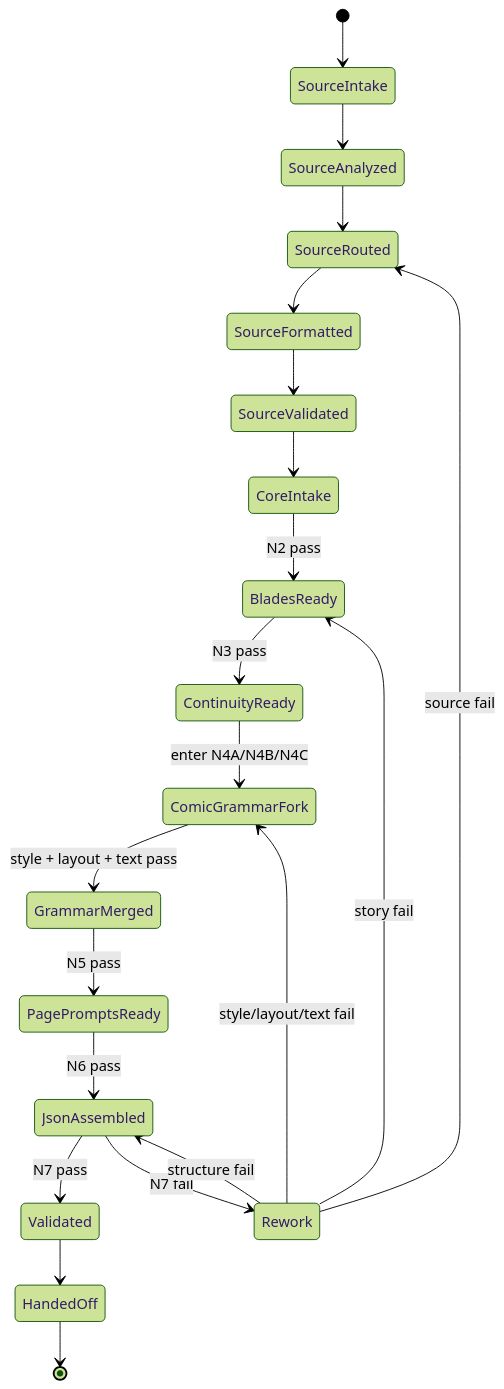
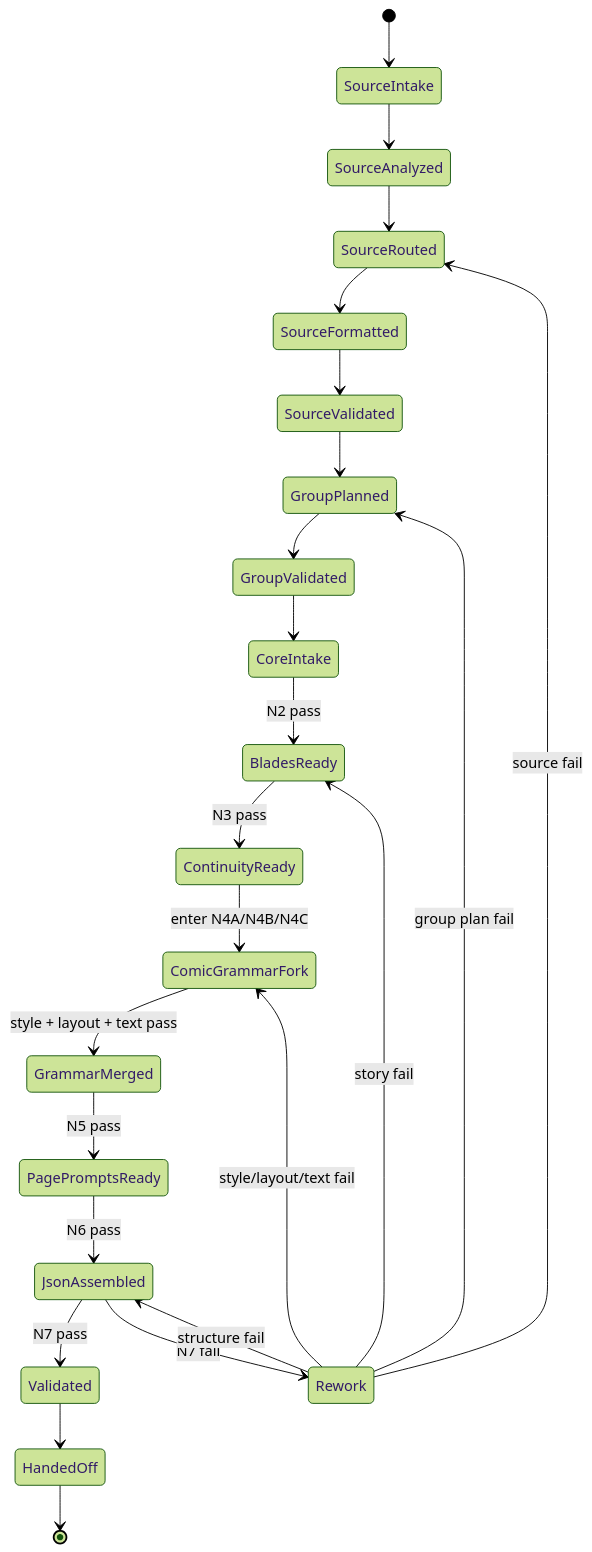
One commit to ZEN-VOID/AI-CUT changed the third of 7 diagrams in .agents/skills/comic/2-九刀流漫画提示词/SKILL.md. Above: the diagram before and after it, drawn with Mermaid (forest theme). The commit also changed other lines of this file and 151 other files, not shown here.

````diff
--- a/.agents/skills/comic/2-九刀流漫画提示词/SKILL.md
+++ b/.agents/skills/comic/2-九刀流漫画提示词/SKILL.md
@@ -154,23 +216,26 @@
 ```mermaid
 stateDiagram-v2
     [*] --> SourceIntake
     SourceIntake --> SourceAnalyzed
     SourceAnalyzed --> SourceRouted
     SourceRouted --> SourceFormatted
     SourceFormatted --> SourceValidated
-    SourceValidated --> CoreIntake
+    SourceValidated --> GroupPlanned
+    GroupPlanned --> GroupValidated
+    GroupValidated --> CoreIntake
     CoreIntake --> BladesReady: N2 pass
     BladesReady --> ContinuityReady: N3 pass
     ContinuityReady --> ComicGrammarFork: enter N4A/N4B/N4C
     ComicGrammarFork --> GrammarMerged: style + layout + text pass
     GrammarMerged --> PagePromptsReady: N5 pass
     PagePromptsReady --> JsonAssembled: N6 pass
     JsonAssembled --> Validated: N7 pass
     JsonAssembled --> Rework: N7 fail
     Rework --> SourceRouted: source fail
+    Rework --> GroupPlanned: group plan fail
     Rework --> BladesReady: story fail
     Rework --> ComicGrammarFork: style/layout/text fail
     Rework --> JsonAssembled: structure fail
     Validated --> HandedOff
     HandedOff --> [*]
 ```
````
